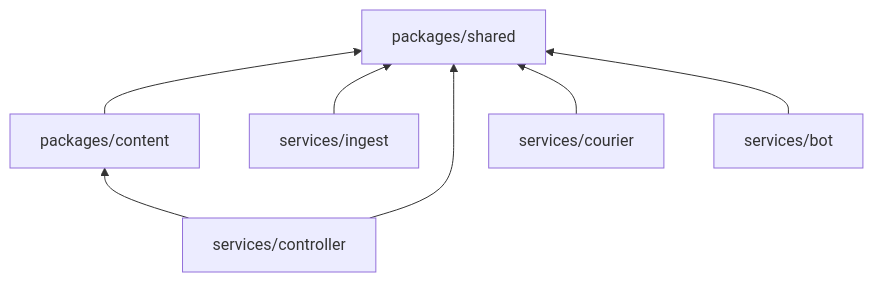
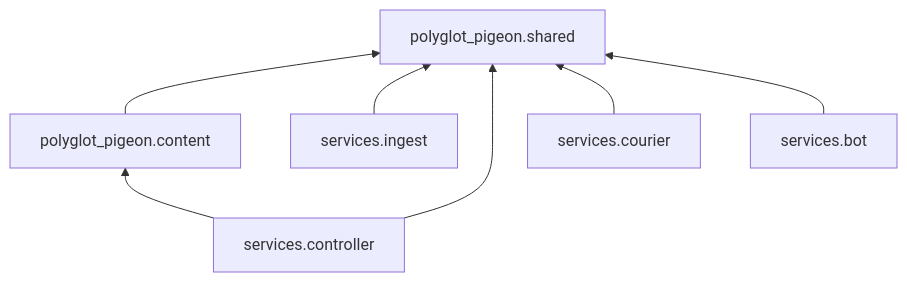
Before and after one commit to marcinstopyra/polyglot-pigeon: the second of 6 diagrams in docs/architecture.md, drawn with Mermaid. The commit also changed other lines of this file, not shown here.

Commit message:
roadmap refinement

````diff
--- a/docs/architecture.md
+++ b/docs/architecture.md
@@ -163,16 +182,16 @@
 ```mermaid
 graph BT
-    SHARED[packages/shared]
-    CONTENT[packages/content]
-    ING[services/ingest]
-    CTL[services/controller]
-    COU[services/courier]
-    BOT[services/bot]
+    SHARED["polyglot_pigeon.shared"]
+    CONTENT["polyglot_pigeon.content"]
+    ING["services.ingest"]
+    CTL["services.controller"]
+    COU["services.courier"]
+    BOT["services.bot"]
 
     CONTENT --> SHARED
     ING --> SHARED
     CTL --> SHARED
     CTL --> CONTENT
     COU --> SHARED
     BOT --> SHARED
 ```
````
